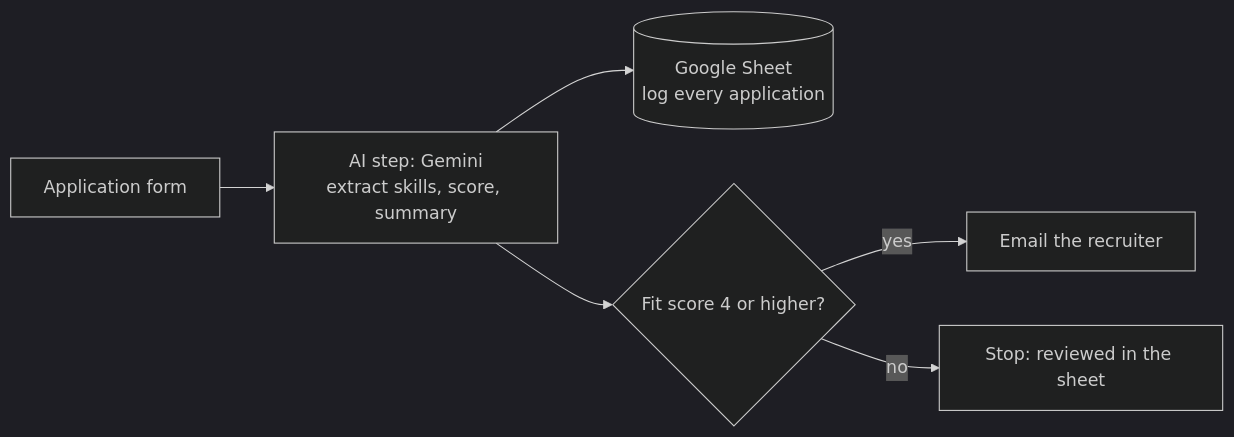
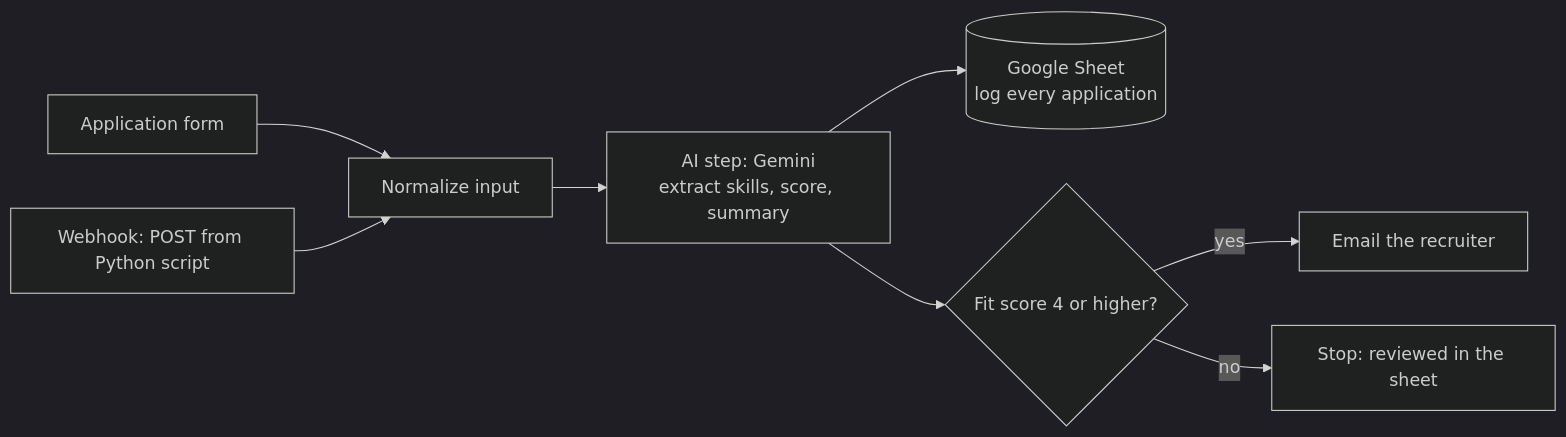
One commit to giftybempong/AI-Application-Triage changed the diagram in README.md. Above: the diagram before and after it, drawn with Mermaid (dark theme). The commit also changed other lines of this file, not shown here.

````diff
--- a/README.md
+++ b/README.md
@@ -11,8 +11,10 @@
 ```mermaid
 flowchart LR
-    A[Application form] --> B[AI step: Gemini<br/>extract skills, score, summary]
+    A[Application form] --> N[Normalize input]
+    W[Webhook: POST from Python script] --> N
+    N --> B[AI step: Gemini<br/>extract skills, score, summary]
     B --> C[(Google Sheet<br/>log every application)]
     B --> D{Fit score 4 or higher?}
     D -- yes --> E[Email the recruiter]
     D -- no --> F[Stop: reviewed in the sheet]
 ```
````
